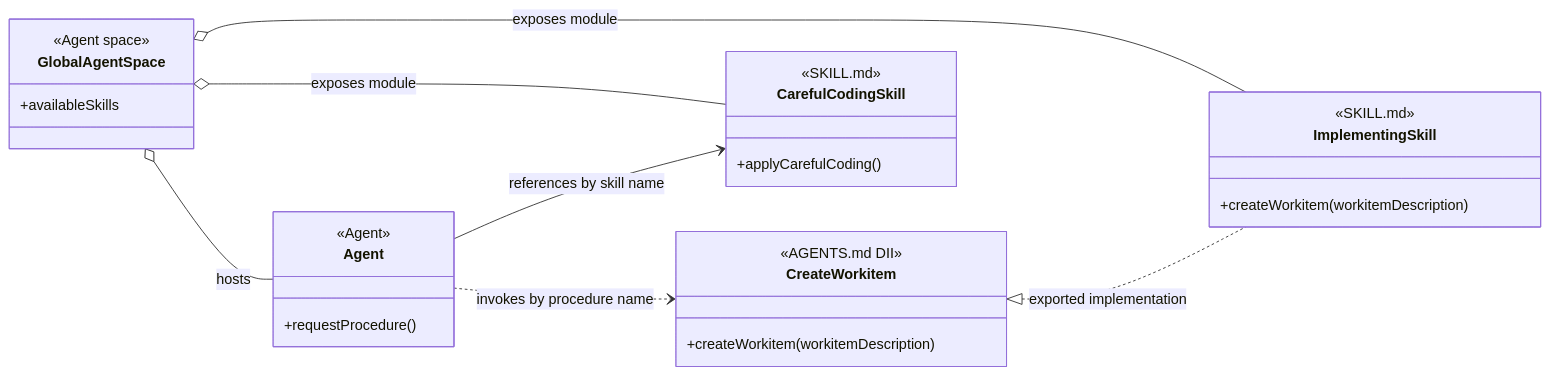
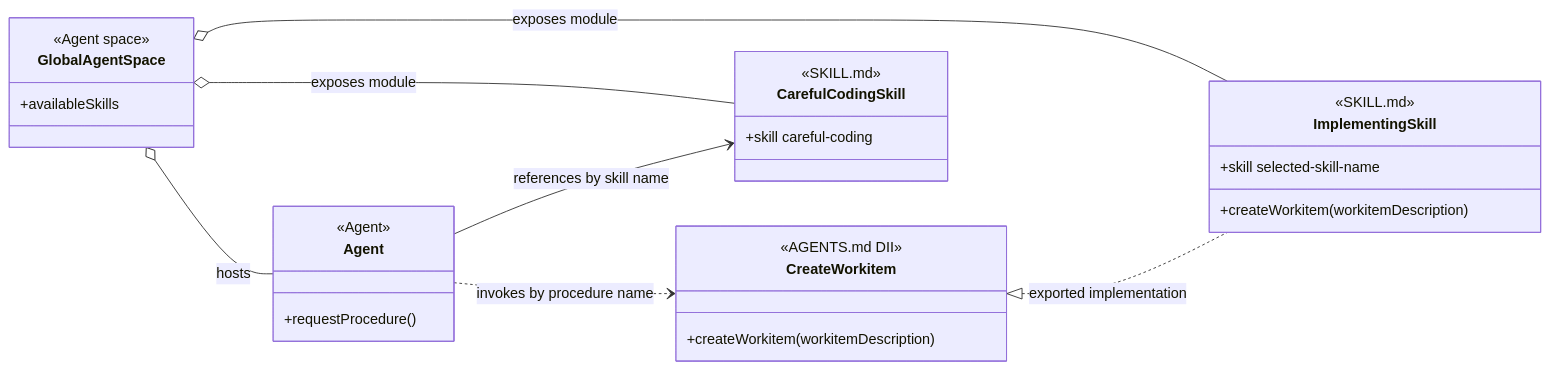
Before and after one commit to martinbechard/dev-methodology: the first of 11 diagrams in design/object-oriented-agent-and-skill-model.md, drawn with Mermaid. The commit also changed other lines of this file and 12 other files, not shown here.

````diff
--- a/design/object-oriented-agent-and-skill-model.md
+++ b/design/object-oriented-agent-and-skill-model.md
@@ -67,37 +82,38 @@
 ```mermaid
 classDiagram
     direction LR
 
     class GlobalAgentSpace {
         <<Agent space>>
         +availableSkills
     }
 
     class Agent {
         <<Agent>>
         +requestProcedure()
     }
 
     class CreateWorkitem {
         <<AGENTS.md DII>>
         +createWorkitem(workitemDescription)
     }
 
     class ImplementingSkill {
         <<SKILL.md>>
+        +skill selected-skill-name
         +createWorkitem(workitemDescription)
     }
 
     class CarefulCodingSkill {
         <<SKILL.md>>
         <<Agent Skill>>
-        +applyCarefulCoding()
+        +skill careful-coding
     }
 
     GlobalAgentSpace o-- Agent : hosts
     GlobalAgentSpace o-- ImplementingSkill : exposes module
     GlobalAgentSpace o-- CarefulCodingSkill : exposes module
     Agent --> CarefulCodingSkill : references by skill name
     Agent ..> CreateWorkitem : invokes by procedure name
     CreateWorkitem <|.. ImplementingSkill : exported implementation
 ```
````
